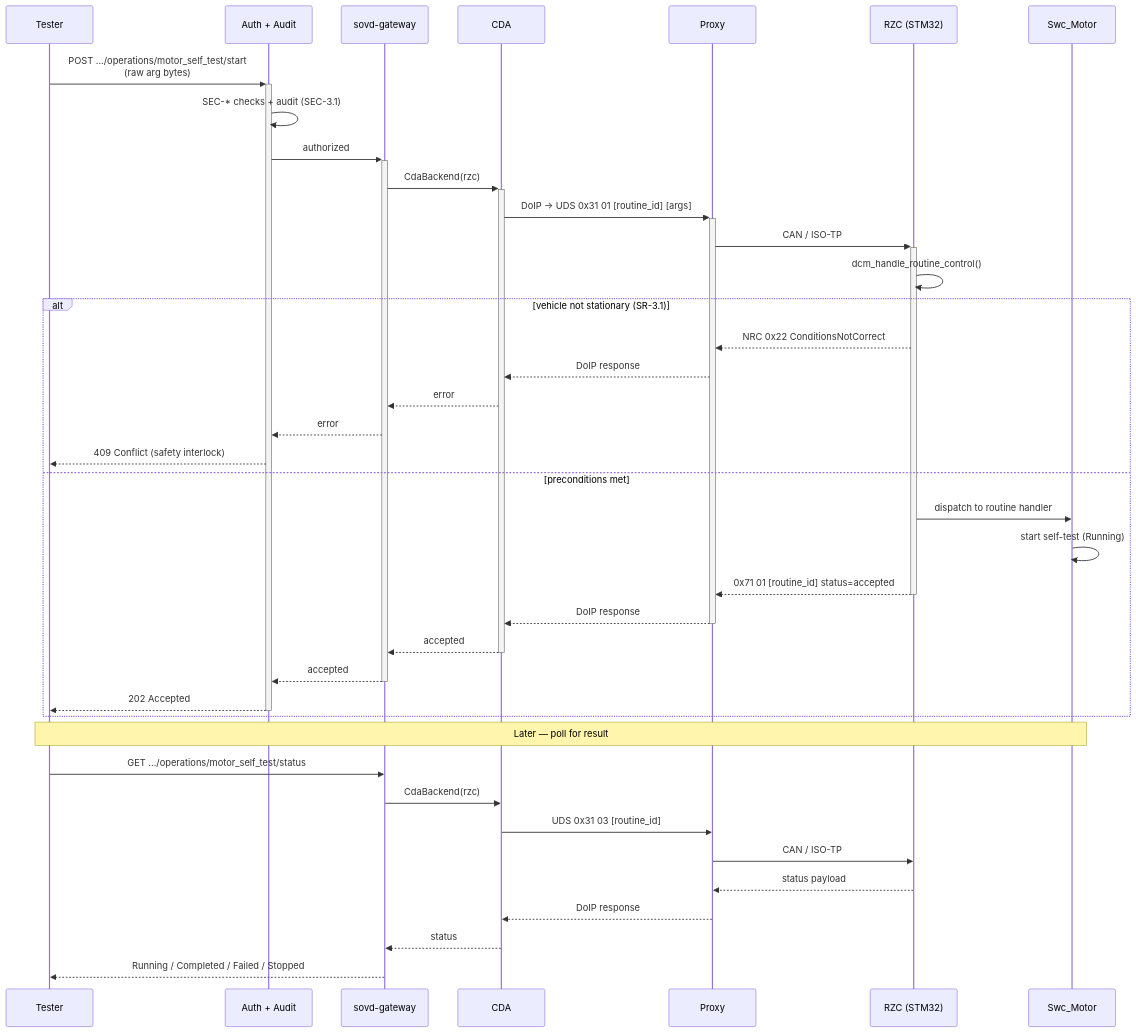
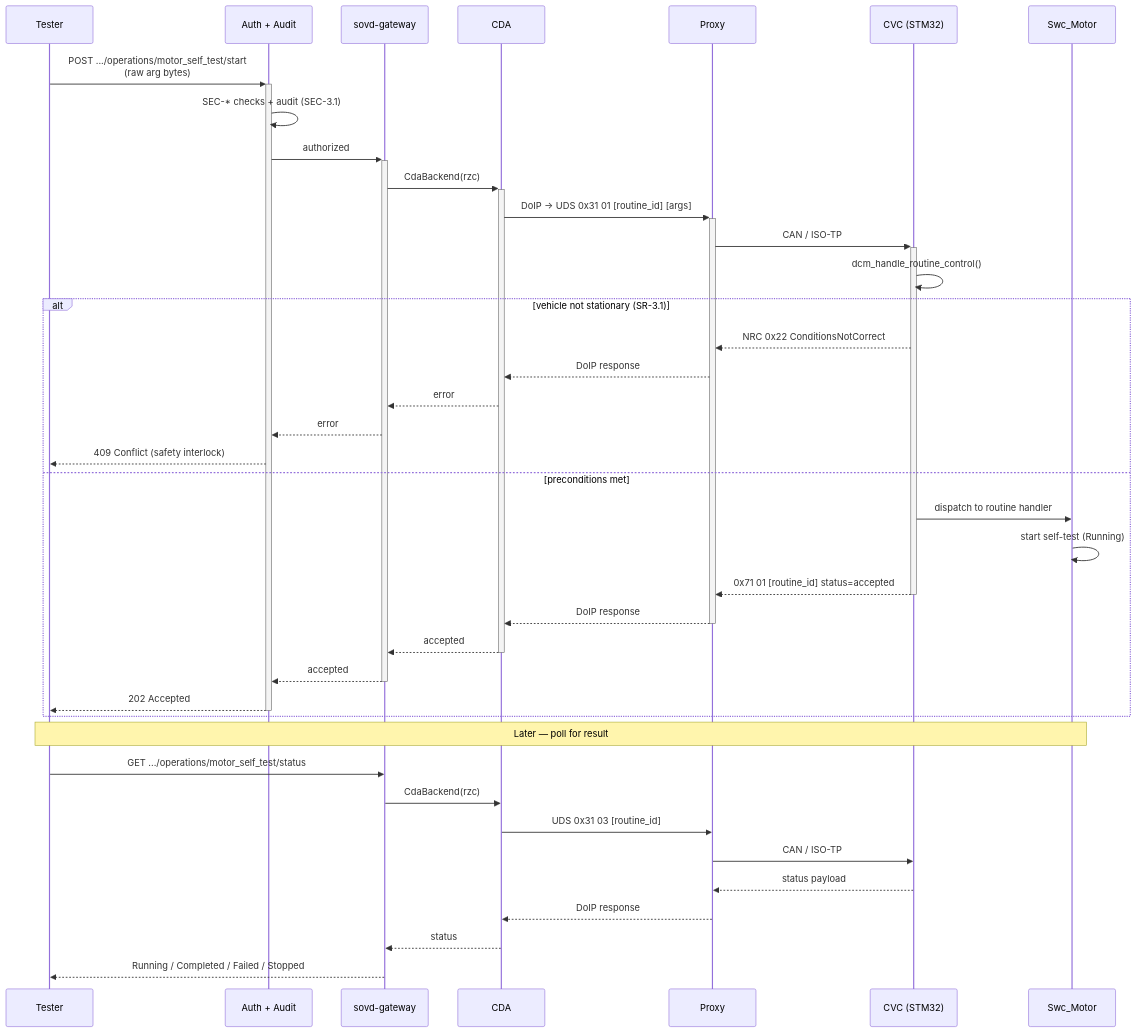
Before and after one commit to nhuvaoanh123/taktflow-opensovd: diagram 14 of 16 in docs/ARCHITECTURE.md, drawn with Mermaid. The commit also changed other lines of this file and 7 other files, not shown here.

````diff
--- a/docs/ARCHITECTURE.md
+++ b/docs/ARCHITECTURE.md
@@ -658,45 +679,45 @@
 ```mermaid
 sequenceDiagram
     participant T as Tester
     participant AUTH as Auth + Audit
     participant GW as sovd-gateway
     participant CDA as CDA
     participant PX as Proxy
-    participant ECU as RZC (STM32)
+    participant ECU as CVC (STM32)
     participant SWC as Swc_Motor
 
     T->>+AUTH: POST .../operations/motor_self_test/start<br/>(raw arg bytes)
     AUTH->>AUTH: SEC-* checks + audit (SEC-3.1)
     AUTH->>+GW: authorized
     GW->>+CDA: CdaBackend(rzc)
     CDA->>+PX: DoIP → UDS 0x31 01 [routine_id] [args]
     PX->>+ECU: CAN / ISO-TP
     ECU->>ECU: dcm_handle_routine_control()
 
     alt vehicle not stationary (SR-3.1)
         ECU-->>PX: NRC 0x22 ConditionsNotCorrect
         PX-->>CDA: DoIP response
         CDA-->>GW: error
         GW-->>AUTH: error
         AUTH-->>T: 409 Conflict (safety interlock)
     else preconditions met
         ECU->>SWC: dispatch to routine handler
         SWC->>SWC: start self-test (Running)
         ECU-->>-PX: 0x71 01 [routine_id] status=accepted
         PX-->>-CDA: DoIP response
         CDA-->>-GW: accepted
         GW-->>-AUTH: accepted
         AUTH-->>-T: 202 Accepted
     end
 
     Note over T,SWC: Later — poll for result
 
     T->>GW: GET .../operations/motor_self_test/status
     GW->>CDA: CdaBackend(rzc)
     CDA->>PX: UDS 0x31 03 [routine_id]
     PX->>ECU: CAN / ISO-TP
     ECU-->>PX: status payload
     PX-->>CDA: DoIP response
     CDA-->>GW: status
     GW-->>T: Running / Completed / Failed / Stopped
 ```
````
